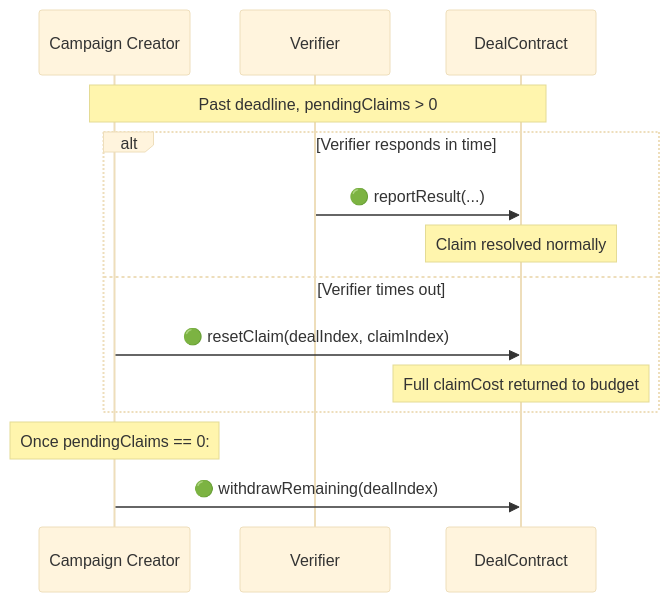
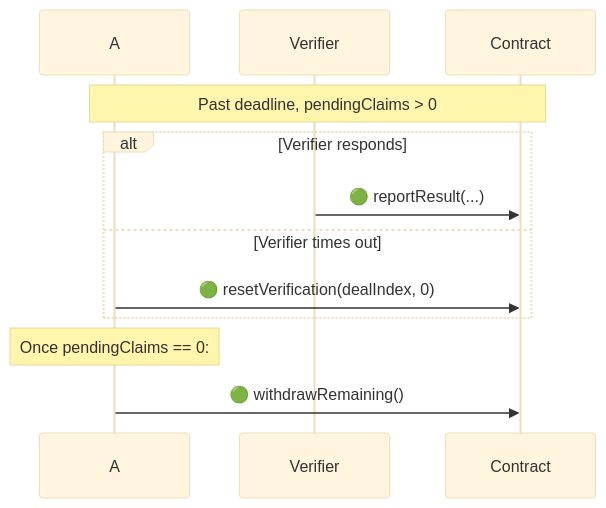
Before and after one commit to synctxai/synctx: the fifth of 5 diagrams in examples/x-follow/x-follow-design.md, drawn with Mermaid (base theme). The commit also changed other lines of this file and 1 other file, not shown here.

First line of the commit message:
docs(x-follow): contract IS the campaign, each claim IS a dealIndex

````diff
--- a/examples/x-follow/x-follow-design.md
+++ b/examples/x-follow/x-follow-design.md
@@ -311,19 +327,17 @@
 ```mermaid
 sequenceDiagram
-    participant A as Campaign Creator
+    participant A as A
     participant V as Verifier
-    participant D as DealContract
+    participant C as Contract
 
-    Note over A,D: Past deadline, pendingClaims > 0
+    Note over A,C: Past deadline, pendingClaims > 0
 
-    alt Verifier responds in time
-        V->>D: 🟢 reportResult(...)
-        Note over D: Claim resolved normally
+    alt Verifier responds
+        V->>C: 🟢 reportResult(...)
     else Verifier times out
-        A->>D: 🟢 resetClaim(dealIndex, claimIndex)
-        Note over D: Full claimCost returned to budget
+        A->>C: 🟢 resetVerification(dealIndex, 0)
     end
 
     Note over A: Once pendingClaims == 0:
-    A->>D: 🟢 withdrawRemaining(dealIndex)
+    A->>C: 🟢 withdrawRemaining()
 ```
````
